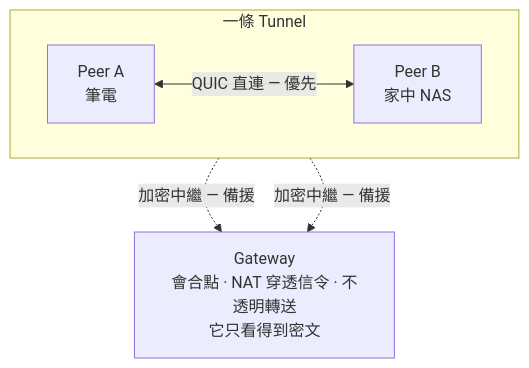
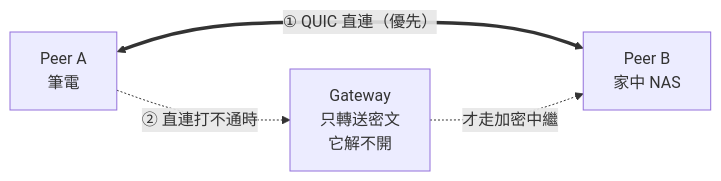
One commit to lantunnel/lantunnel changed the diagram in README.zh-TW.md. Above: the diagram before and after it, drawn with Mermaid. The commit also changed 6 other files, not shown here.

First line of the commit message:
docs: redraw the topology diagram so it reads at a glance

````diff
--- a/README.zh-TW.md
+++ b/README.zh-TW.md
@@ -71,12 +71,9 @@
 ```mermaid
-flowchart TB
-    subgraph tunnel["一條 Tunnel"]
-        direction LR
-        A["Peer A<br/>筆電"]
-        B["Peer B<br/>家中 NAS"]
-        A <-->|"QUIC 直連 — 優先"| B
-    end
-    A -.->|"加密中繼 — 備援"| GW
-    B -.->|"加密中繼 — 備援"| GW
-    GW["Gateway<br/>會合點 · NAT 穿透信令 · 不透明轉送<br/>它只看得到密文"]
+flowchart LR
+    A["Peer A<br/>筆電"]
+    B["Peer B<br/>家中 NAS"]
+    GW["Gateway<br/>只轉送密文<br/>它解不開"]
+    A <== "① QUIC 直連（優先）" ==> B
+    A -. "② 直連打不通時" .-> GW
+    GW -. "才走加密中繼" .-> B
 ```
````
